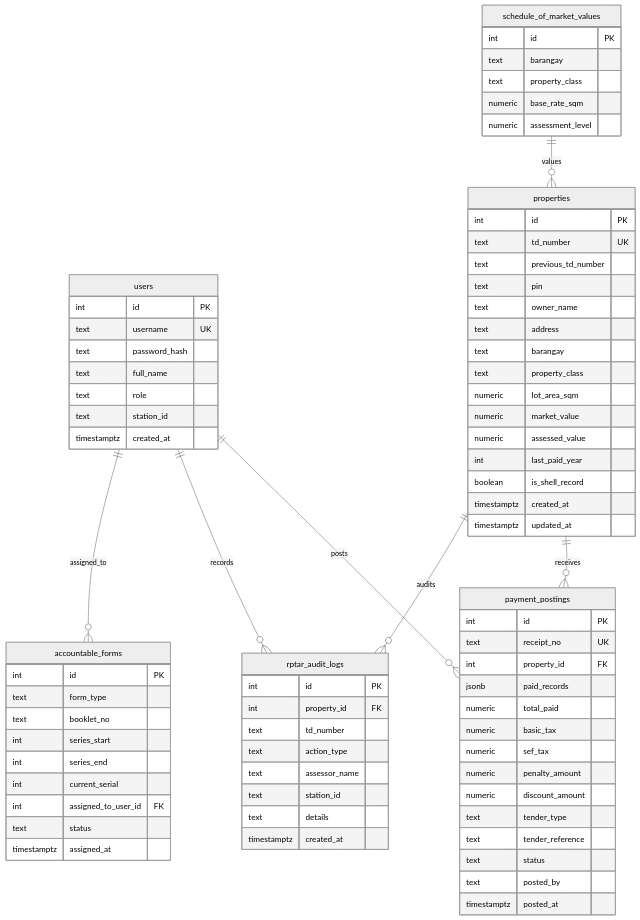
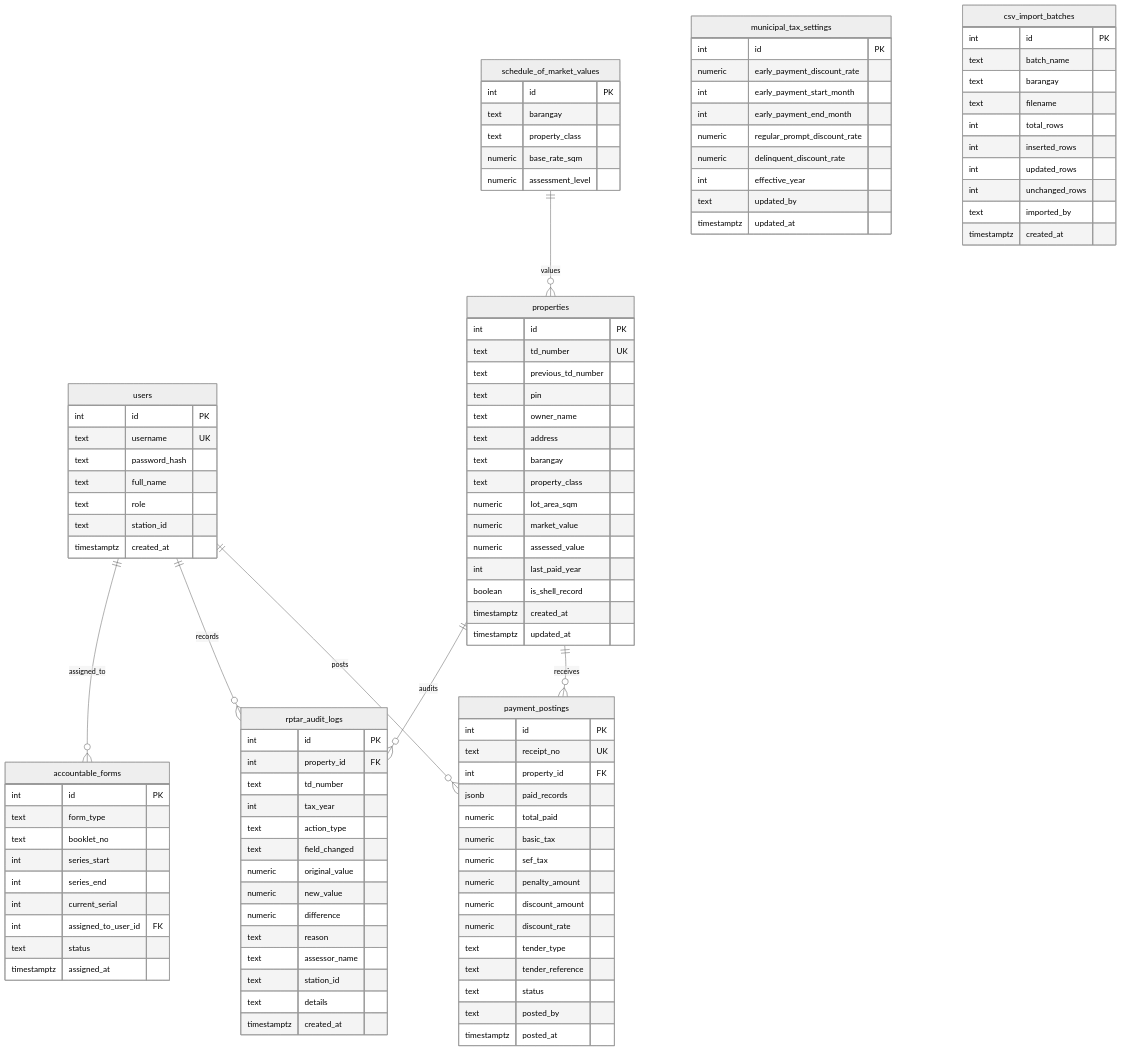
The diagram in docs/SSOT.md (jeypi-mxnslvs/Municipal-Treasurers-Office-LGU), drawn with Mermaid (neutral theme) before and after one commit. The commit also changed other lines of this file and 9 other files, not shown here.

First line of the commit message:
feat(workflow): implement Santa Rosa municipal tax policy, assessor overrides, and smart upsert import center

````diff
--- a/docs/SSOT.md
+++ b/docs/SSOT.md
@@ -126,6 +161,7 @@
         numeric sef_tax
         numeric penalty_amount
         numeric discount_amount
+        numeric discount_rate
         text tender_type
         text tender_reference
         text status
@@ -149,10 +185,41 @@
         int id PK
         int property_id FK
         text td_number
+        int tax_year
         text action_type
+        text field_changed
+        numeric original_value
+        numeric new_value
+        numeric difference
+        text reason
         text assessor_name
         text station_id
         text details
         timestamptz created_at
     }
+
+    municipal_tax_settings {
+        int id PK
+        numeric early_payment_discount_rate
+        int early_payment_start_month
+        int early_payment_end_month
+        numeric regular_prompt_discount_rate
+        numeric delinquent_discount_rate
+        int effective_year
+        text updated_by
+        timestamptz updated_at
+    }
+
+    csv_import_batches {
+        int id PK
+        text batch_name
+        text barangay
+        text filename
+        int total_rows
+        int inserted_rows
+        int updated_rows
+        int unchanged_rows
+        text imported_by
+        timestamptz created_at
+    }
 ```
````
